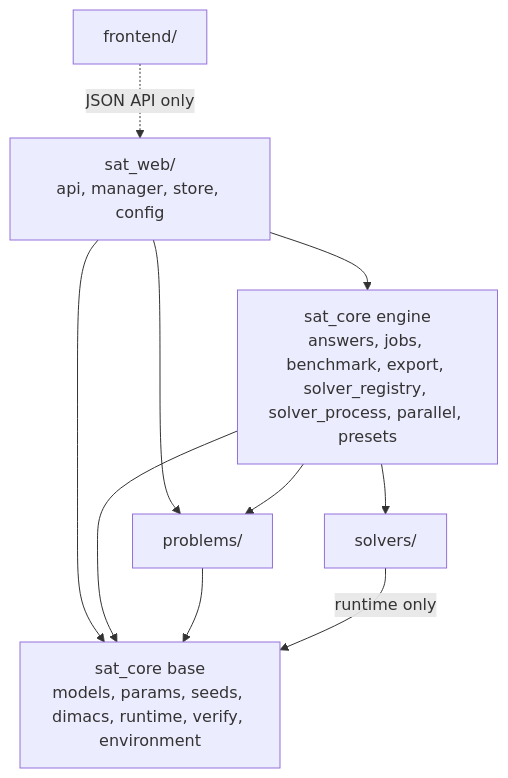
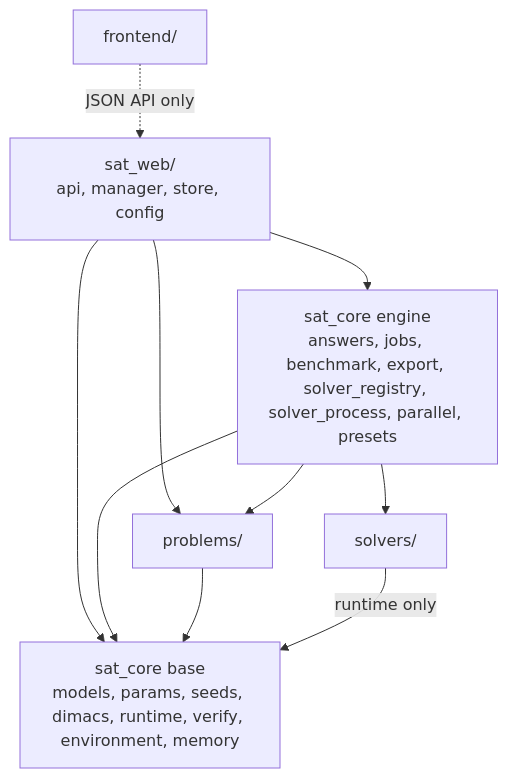
The second of 11 diagrams in docs/guide/architecture.md (Aziyck/SATsolver), drawn with Mermaid before and after one commit. The commit also changed 4 other files, not shown here.

````diff
--- a/docs/guide/architecture.md
+++ b/docs/guide/architecture.md
@@ -142,19 +142,19 @@
 ```mermaid
 flowchart TD
     frontend["frontend/"]
     web["sat_web/<br/>api, manager, store, config"]
     engine["sat_core engine<br/>answers, jobs, benchmark, export, solver_registry, solver_process, parallel, presets"]
     problems["problems/"]
     solvers["solvers/"]
-    base["sat_core base<br/>models, params, seeds, dimacs, runtime, verify, environment"]
+    base["sat_core base<br/>models, params, seeds, dimacs, runtime, verify, environment, memory"]
 
     frontend -. "JSON API only" .-> web
     web --> engine
     web --> problems
     web --> base
     engine --> problems
     engine --> solvers
     engine --> base
     problems --> base
     solvers -- "runtime only" --> base
 ```
````
